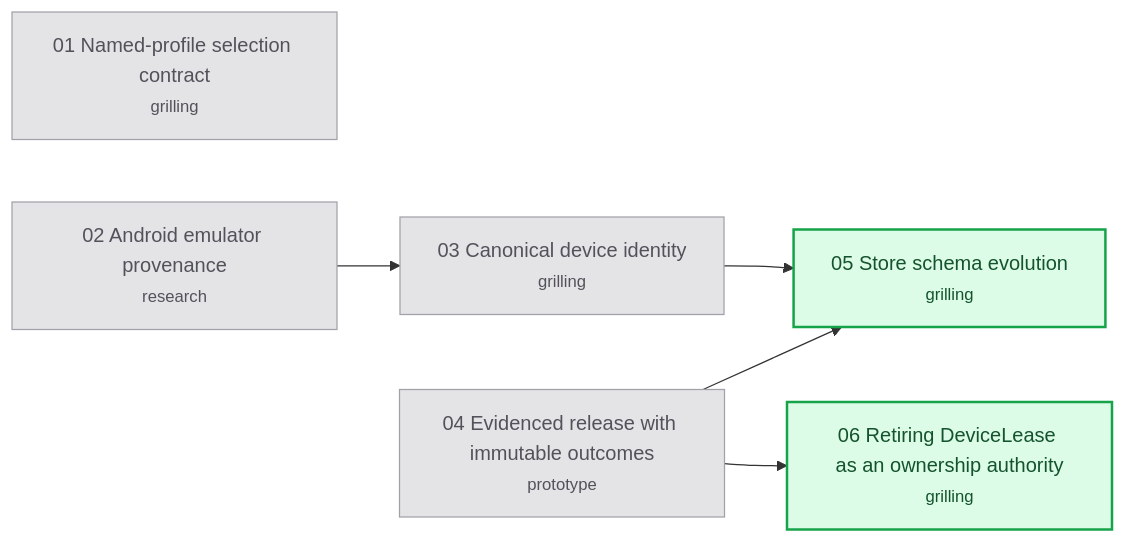
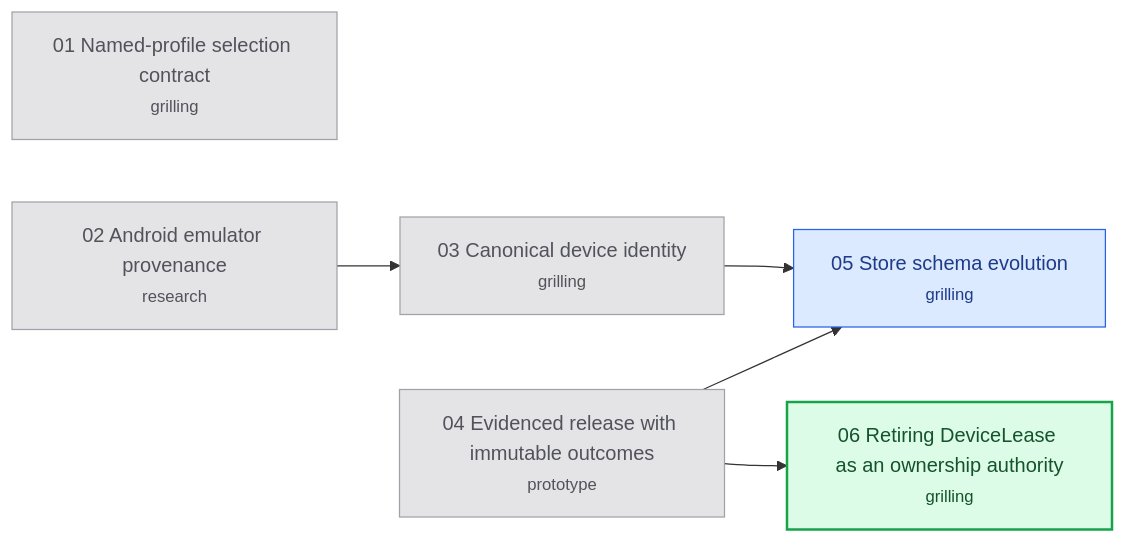
One commit to hugues-vnsgn/jev-ios-bridge changed the diagram in .scratch/appium-phase2/map.md. Above: the diagram before and after it, drawn with Mermaid. The commit also changed 1 other file, not shown here.

Commit message:
Claim Store schema evolution

````diff
--- a/.scratch/appium-phase2/map.md
+++ b/.scratch/appium-phase2/map.md
@@ -41,19 +41,20 @@
 ```mermaid
 flowchart LR
     T01["01 Named-profile selection contract<br/><small>grilling</small>"]
     T02["02 Android emulator provenance<br/><small>research</small>"]
     T03["03 Canonical device identity<br/><small>grilling</small>"]
     T04["04 Evidenced release with immutable outcomes<br/><small>prototype</small>"]
     T05["05 Store schema evolution<br/><small>grilling</small>"]
     T06["06 Retiring DeviceLease as an ownership authority<br/><small>grilling</small>"]
     T02 --> T03
     T03 --> T05
     T04 --> T05
     T04 --> T06
     classDef resolved fill:#e4e4e7,stroke:#a1a1aa,color:#52525b
     classDef claimed fill:#dbeafe,stroke:#2563eb,color:#1e3a8a
     classDef frontier fill:#dcfce7,stroke:#16a34a,color:#14532d,stroke-width:2px
     classDef blocked fill:#ffffff,stroke:#a1a1aa,color:#18181b
     class T01,T02,T03,T04 resolved
-    class T05,T06 frontier
+    class T05 claimed
+    class T06 frontier
 ```
````
